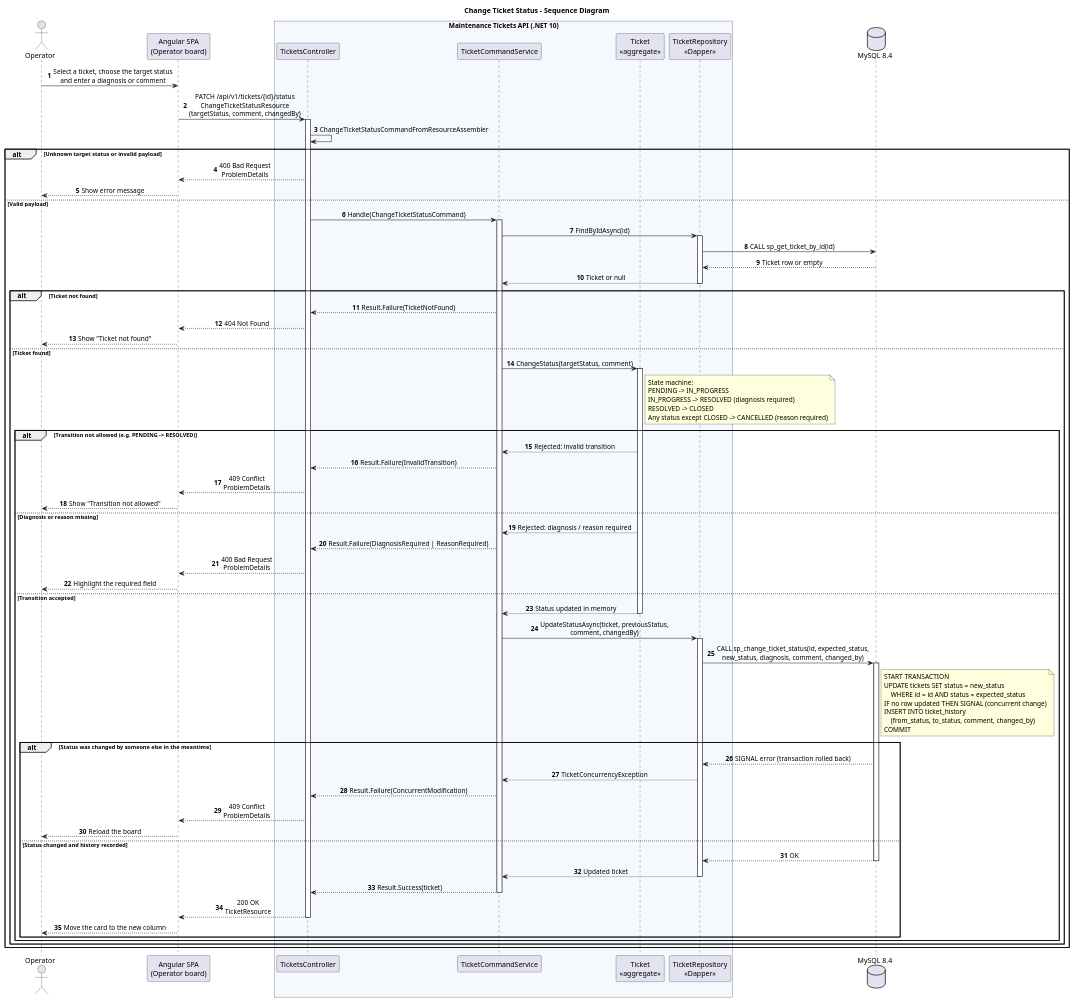
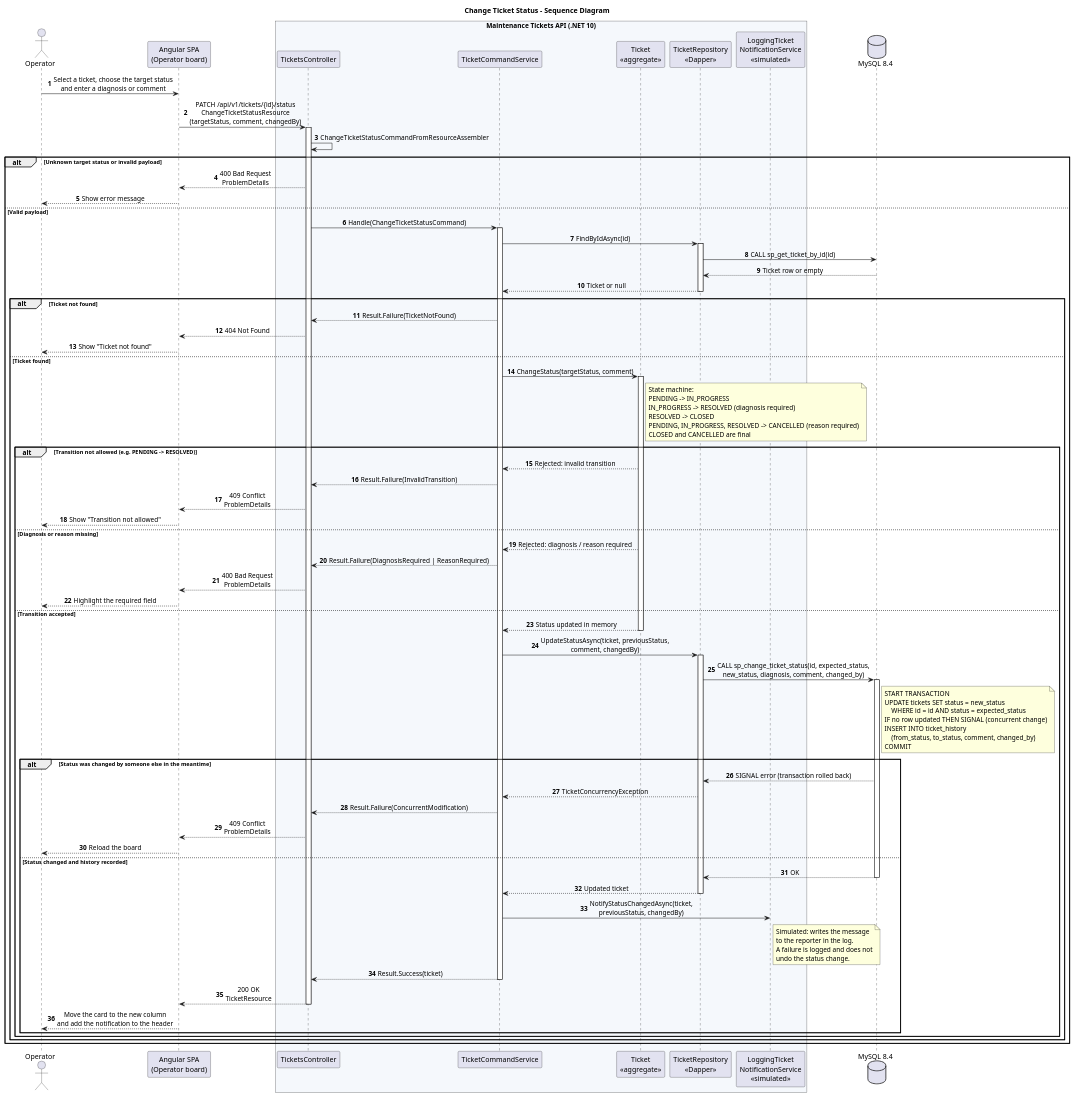
The diagram in docs/diagrams/sequence-change-ticket-status.puml (njlmrvllr/maintenance-tickets), drawn with PlantUML before and after one commit. The commit also changed 10 other files, not shown here.

First line of the commit message:
docs(diagrams): add C4 model and class diagrams

```diff
--- a/docs/diagrams/sequence-change-ticket-status.puml
+++ b/docs/diagrams/sequence-change-ticket-status.puml
@@ -1,104 +1,113 @@
 @startuml sequence-change-ticket-status
 ' Main flow 2: an operator moves a ticket through the state machine.
 ' Business rules live in the Ticket aggregate; the stored procedure guarantees
 ' that the status update and the history record are saved atomically.
 
 title Change Ticket Status - Sequence Diagram
 
 skinparam sequenceMessageAlign center
 skinparam responseMessageBelowArrow true
 skinparam BoxPadding 10
 autonumber
 
 actor "Operator" as Operator
 participant "Angular SPA\n(Operator board)" as Frontend
 box "Maintenance Tickets API (.NET 10)" #F5F8FC
     participant "TicketsController" as Controller
     participant "TicketCommandService" as Service
     participant "Ticket\n<<aggregate>>" as Ticket
     participant "TicketRepository\n<<Dapper>>" as Repository
+    participant "LoggingTicket\nNotificationService\n<<simulated>>" as Notification
 end box
 database "MySQL 8.4" as Database
 
 Operator -> Frontend : Select a ticket, choose the target status\nand enter a diagnosis or comment
 Frontend -> Controller : PATCH /api/v1/tickets/{id}/status\nChangeTicketStatusResource\n(targetStatus, comment, changedBy)
 activate Controller
 Controller -> Controller : ChangeTicketStatusCommandFromResourceAssembler
 
 alt Unknown target status or invalid payload
     Controller --> Frontend : 400 Bad Request\nProblemDetails
     Frontend --> Operator : Show error message
 else Valid payload
     Controller -> Service : Handle(ChangeTicketStatusCommand)
     activate Service
     Service -> Repository : FindByIdAsync(id)
     activate Repository
     Repository -> Database : CALL sp_get_ticket_by_id(id)
     Database --> Repository : Ticket row or empty
     Repository --> Service : Ticket or null
     deactivate Repository
 
     alt Ticket not found
         Service --> Controller : Result.Failure(TicketNotFound)
         Controller --> Frontend : 404 Not Found
         Frontend --> Operator : Show "Ticket not found"
     else Ticket found
         Service -> Ticket : ChangeStatus(targetStatus, comment)
         activate Ticket
         note right of Ticket
             State machine:
             PENDING -> IN_PROGRESS
             IN_PROGRESS -> RESOLVED (diagnosis required)
             RESOLVED -> CLOSED
-            Any status except CLOSED -> CANCELLED (reason required)
+            PENDING, IN_PROGRESS, RESOLVED -> CANCELLED (reason required)
+            CLOSED and CANCELLED are final
         end note
 
         alt Transition not allowed (e.g. PENDING -> RESOLVED)
             Ticket --> Service : Rejected: invalid transition
             Service --> Controller : Result.Failure(InvalidTransition)
             Controller --> Frontend : 409 Conflict\nProblemDetails
             Frontend --> Operator : Show "Transition not allowed"
         else Diagnosis or reason missing
             Ticket --> Service : Rejected: diagnosis / reason required
             Service --> Controller : Result.Failure(DiagnosisRequired | ReasonRequired)
             Controller --> Frontend : 400 Bad Request\nProblemDetails
             Frontend --> Operator : Highlight the required field
         else Transition accepted
             Ticket --> Service : Status updated in memory
             deactivate Ticket
             Service -> Repository : UpdateStatusAsync(ticket, previousStatus,\ncomment, changedBy)
             activate Repository
             Repository -> Database : CALL sp_change_ticket_status(id, expected_status,\nnew_status, diagnosis, comment, changed_by)
             activate Database
             note right of Database
                 START TRANSACTION
                 UPDATE tickets SET status = new_status
                     WHERE id = id AND status = expected_status
                 IF no row updated THEN SIGNAL (concurrent change)
                 INSERT INTO ticket_history
                     (from_status, to_status, comment, changed_by)
                 COMMIT
             end note
 
             alt Status was changed by someone else in the meantime
                 Database --> Repository : SIGNAL error (transaction rolled back)
                 Repository --> Service : TicketConcurrencyException
                 Service --> Controller : Result.Failure(ConcurrentModification)
                 Controller --> Frontend : 409 Conflict\nProblemDetails
                 Frontend --> Operator : Reload the board
             else Status changed and history recorded
                 Database --> Repository : OK
                 deactivate Database
                 Repository --> Service : Updated ticket
                 deactivate Repository
+                Service -> Notification : NotifyStatusChangedAsync(ticket,\npreviousStatus, changedBy)
+                note right of Notification
+                    Simulated: writes the message
+                    to the reporter in the log.
+                    A failure is logged and does not
+                    undo the status change.
+                end note
                 Service --> Controller : Result.Success(ticket)
                 deactivate Service
                 Controller --> Frontend : 200 OK\nTicketResource
                 deactivate Controller
-                Frontend --> Operator : Move the card to the new column
+                Frontend --> Operator : Move the card to the new column\nand add the notification to the header
             end
         end
     end
 end
 
 @enduml
```
